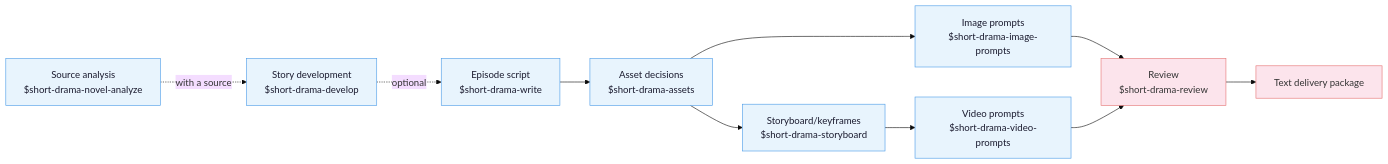
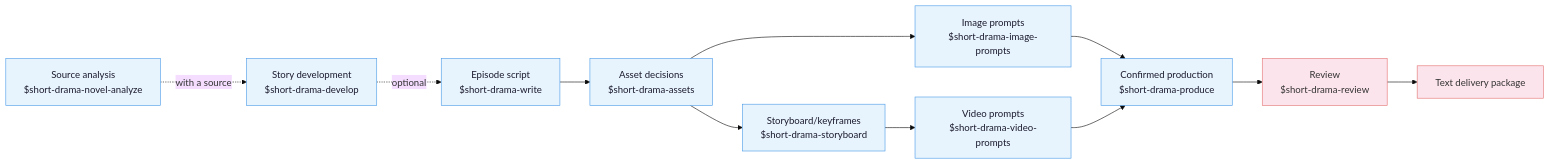
One commit to fxbin/drama-skills changed the diagram in README_EN.md. Above: the diagram before and after it, drawn with Mermaid (base theme). The commit also changed other lines of this file and 39 other files, not shown here.

Commit message:
feat: add confirmed media production

````diff
--- a/README_EN.md
+++ b/README_EN.md
@@ -109,22 +116,24 @@
 ```mermaid
 flowchart LR
     classDef phase fill:#e8f4fd,color:#1a1a2e,stroke:#4a9be8,stroke-width:1px
     classDef final fill:#fce4ec,color:#333,stroke:#e57373,stroke-width:1px
 
     nva["Source analysis<br/>$short-drama-novel-analyze"]:::phase
     dev["Story development<br/>$short-drama-develop"]:::phase
     write["Episode script<br/>$short-drama-write"]:::phase
     assets["Asset decisions<br/>$short-drama-assets"]:::phase
     img["Image prompts<br/>$short-drama-image-prompts"]:::phase
     sb["Storyboard/keyframes<br/>$short-drama-storyboard"]:::phase
     vid["Video prompts<br/>$short-drama-video-prompts"]:::phase
+    prod["Confirmed production<br/>$short-drama-produce"]:::phase
     rev["Review<br/>$short-drama-review"]:::final
     pkg["Text delivery package"]:::final
 
     nva -.with a source.-> dev
     dev -.optional.-> write --> assets
     assets --> img
     assets --> sb --> vid
-    img --> rev
-    vid --> rev --> pkg
+    img --> prod
+    vid --> prod
+    prod --> rev --> pkg
 ```
````
